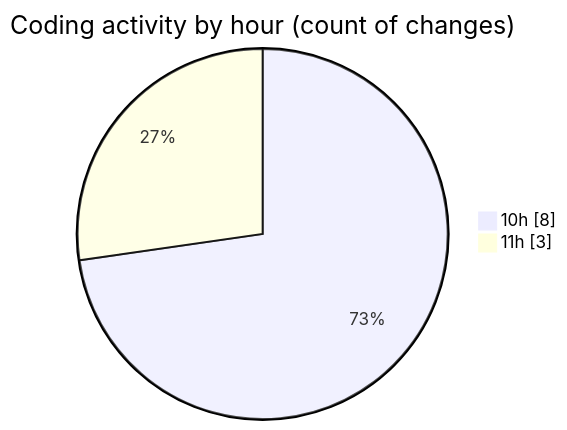
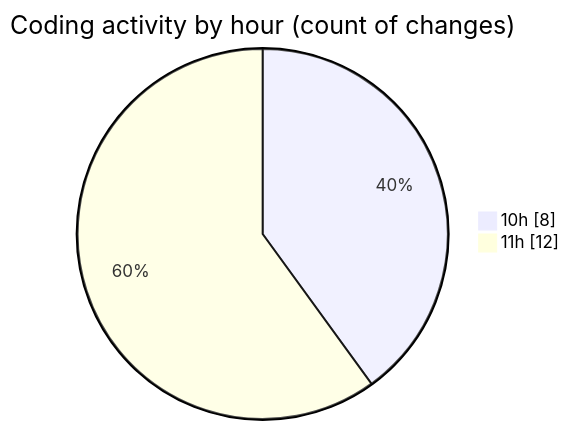
One commit to CELIANVF/code-tracking changed the second of 2 diagrams in 2025-05-16/python_app_deploy/README.md. Above: the diagram before and after it, drawn with Mermaid. The commit also changed other lines of this file and 1 other file, not shown here.

````diff
--- a/2025-05-16/python_app_deploy/README.md
+++ b/2025-05-16/python_app_deploy/README.md
@@ -32,6 +34,6 @@
 ```mermaid
 pie showData
 title Coding activity by hour (count of changes)
 "10h" : 8
-"11h" : 3
+"11h" : 12
 ```
````
